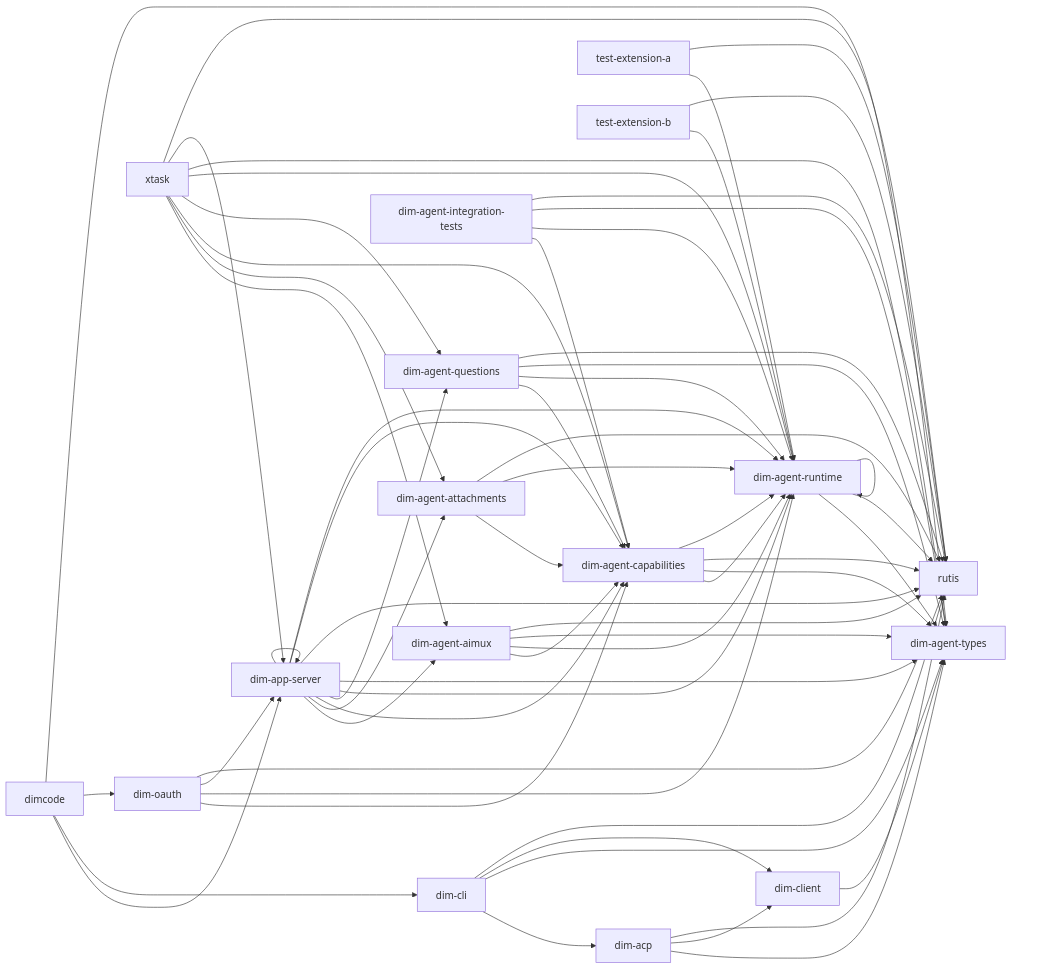
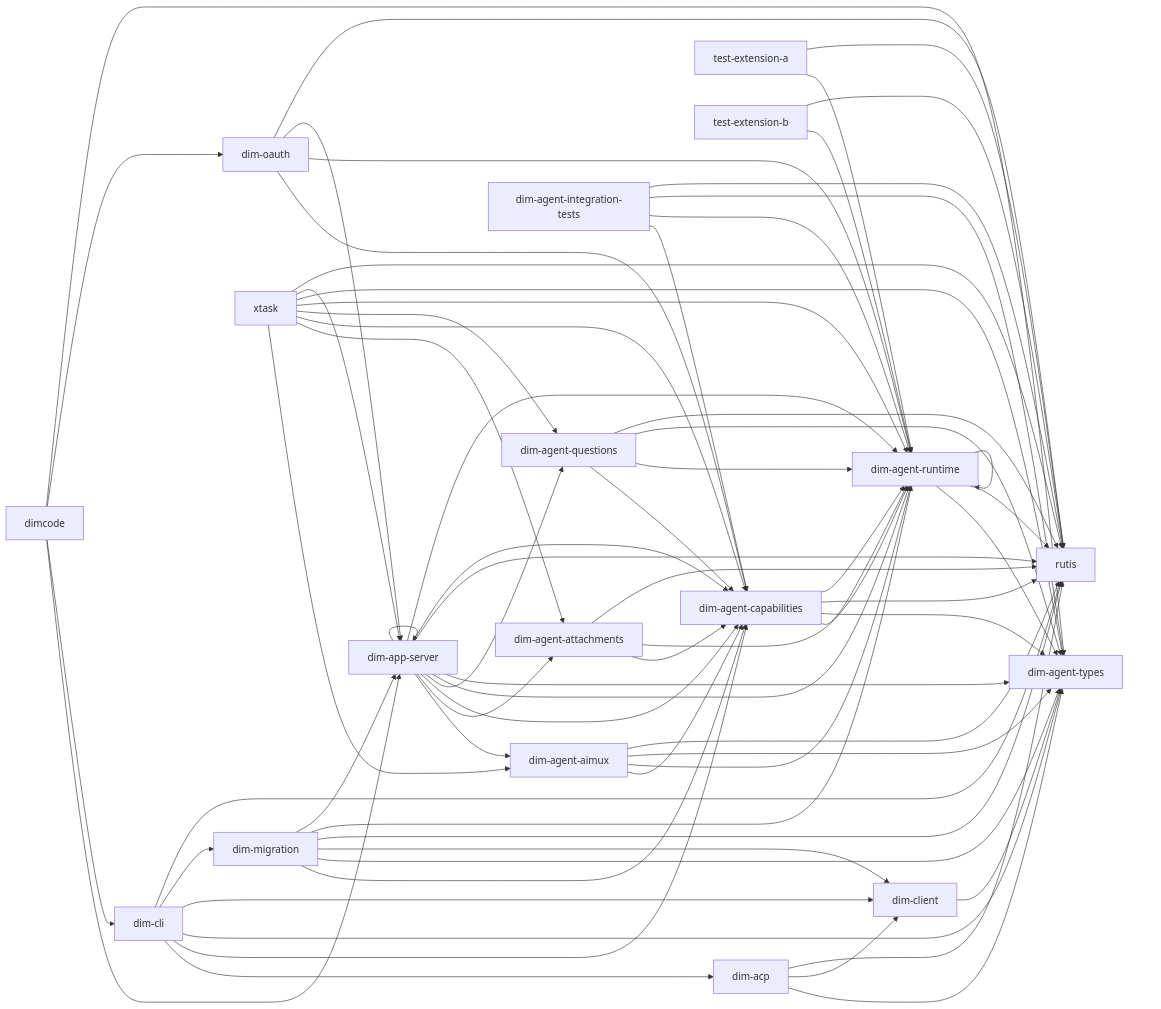
The diagram in docs/architecture/rust-agent/generated/crates.mmd (CoutinhoTTS/dim-agent), drawn with Mermaid before and after one commit. The commit also changed 45 other files, not shown here.

Commit message:
feat: add on-demand Migration plugin and manual CLI commands

```diff
--- a/docs/architecture/rust-agent/generated/crates.mmd
+++ b/docs/architecture/rust-agent/generated/crates.mmd
@@ -1,62 +1,70 @@
 %% Generated from cargo metadata; do not edit.
 flowchart LR
   dim_agent_runtime["dim-agent-runtime"] --> dim_agent_types["dim-agent-types"]
   dim_agent_runtime["dim-agent-runtime"] --> rutis["rutis"]
   dim_agent_runtime["dim-agent-runtime"] --> dim_agent_runtime["dim-agent-runtime"]
   dim_agent_capabilities["dim-agent-capabilities"] --> dim_agent_runtime["dim-agent-runtime"]
   dim_agent_capabilities["dim-agent-capabilities"] --> dim_agent_types["dim-agent-types"]
   dim_agent_capabilities["dim-agent-capabilities"] --> rutis["rutis"]
   dim_agent_capabilities["dim-agent-capabilities"] --> dim_agent_runtime["dim-agent-runtime"]
   dim_agent_aimux["dim-agent-aimux"] --> dim_agent_capabilities["dim-agent-capabilities"]
   dim_agent_aimux["dim-agent-aimux"] --> dim_agent_runtime["dim-agent-runtime"]
   dim_agent_aimux["dim-agent-aimux"] --> dim_agent_types["dim-agent-types"]
   dim_agent_aimux["dim-agent-aimux"] --> rutis["rutis"]
   dim_agent_attachments["dim-agent-attachments"] --> dim_agent_capabilities["dim-agent-capabilities"]
   dim_agent_attachments["dim-agent-attachments"] --> dim_agent_runtime["dim-agent-runtime"]
   dim_agent_attachments["dim-agent-attachments"] --> rutis["rutis"]
   dim_agent_questions["dim-agent-questions"] --> dim_agent_capabilities["dim-agent-capabilities"]
   dim_agent_questions["dim-agent-questions"] --> dim_agent_runtime["dim-agent-runtime"]
   dim_agent_questions["dim-agent-questions"] --> dim_agent_types["dim-agent-types"]
   dim_agent_questions["dim-agent-questions"] --> rutis["rutis"]
   dim_app_server["dim-app-server"] --> dim_agent_aimux["dim-agent-aimux"]
   dim_app_server["dim-app-server"] --> dim_agent_attachments["dim-agent-attachments"]
   dim_app_server["dim-app-server"] --> dim_agent_capabilities["dim-agent-capabilities"]
   dim_app_server["dim-app-server"] --> dim_agent_questions["dim-agent-questions"]
   dim_app_server["dim-app-server"] --> dim_agent_runtime["dim-agent-runtime"]
   dim_app_server["dim-app-server"] --> dim_agent_types["dim-agent-types"]
   dim_app_server["dim-app-server"] --> rutis["rutis"]
   dim_app_server["dim-app-server"] --> dim_agent_capabilities["dim-agent-capabilities"]
   dim_app_server["dim-app-server"] --> dim_agent_runtime["dim-agent-runtime"]
   dim_app_server["dim-app-server"] --> dim_app_server["dim-app-server"]
   dim_client["dim-client"] --> dim_agent_types["dim-agent-types"]
   dim_acp["dim-acp"] --> dim_agent_types["dim-agent-types"]
   dim_acp["dim-acp"] --> dim_client["dim-client"]
   dim_acp["dim-acp"] --> rutis["rutis"]
   dim_cli["dim-cli"] --> dim_acp["dim-acp"]
+  dim_cli["dim-cli"] --> dim_agent_capabilities["dim-agent-capabilities"]
   dim_cli["dim-cli"] --> dim_agent_types["dim-agent-types"]
   dim_cli["dim-cli"] --> dim_client["dim-client"]
+  dim_cli["dim-cli"] --> dim_migration["dim-migration"]
   dim_cli["dim-cli"] --> rutis["rutis"]
+  dim_migration["dim-migration"] --> dim_agent_capabilities["dim-agent-capabilities"]
+  dim_migration["dim-migration"] --> dim_agent_types["dim-agent-types"]
+  dim_migration["dim-migration"] --> dim_client["dim-client"]
+  dim_migration["dim-migration"] --> rutis["rutis"]
+  dim_migration["dim-migration"] --> dim_agent_runtime["dim-agent-runtime"]
+  dim_migration["dim-migration"] --> dim_app_server["dim-app-server"]
   dim_oauth["dim-oauth"] --> dim_agent_capabilities["dim-agent-capabilities"]
   dim_oauth["dim-oauth"] --> dim_agent_runtime["dim-agent-runtime"]
   dim_oauth["dim-oauth"] --> dim_app_server["dim-app-server"]
   dim_oauth["dim-oauth"] --> rutis["rutis"]
   dimcode["dimcode"] --> dim_app_server["dim-app-server"]
   dimcode["dimcode"] --> dim_cli["dim-cli"]
   dimcode["dimcode"] --> dim_oauth["dim-oauth"]
   dimcode["dimcode"] --> dim_agent_types["dim-agent-types"]
   xtask["xtask"] --> dim_agent_aimux["dim-agent-aimux"]
   xtask["xtask"] --> dim_agent_attachments["dim-agent-attachments"]
   xtask["xtask"] --> dim_agent_capabilities["dim-agent-capabilities"]
   xtask["xtask"] --> dim_agent_questions["dim-agent-questions"]
   xtask["xtask"] --> dim_agent_runtime["dim-agent-runtime"]
   xtask["xtask"] --> dim_agent_types["dim-agent-types"]
   xtask["xtask"] --> dim_app_server["dim-app-server"]
   xtask["xtask"] --> rutis["rutis"]
   test_extension_a["test-extension-a"] --> dim_agent_runtime["dim-agent-runtime"]
   test_extension_a["test-extension-a"] --> rutis["rutis"]
   test_extension_b["test-extension-b"] --> dim_agent_runtime["dim-agent-runtime"]
   test_extension_b["test-extension-b"] --> rutis["rutis"]
   dim_agent_integration_tests["dim-agent-integration-tests"] --> dim_agent_capabilities["dim-agent-capabilities"]
   dim_agent_integration_tests["dim-agent-integration-tests"] --> dim_agent_runtime["dim-agent-runtime"]
   dim_agent_integration_tests["dim-agent-integration-tests"] --> dim_agent_types["dim-agent-types"]
   dim_agent_integration_tests["dim-agent-integration-tests"] --> rutis["rutis"]
```
